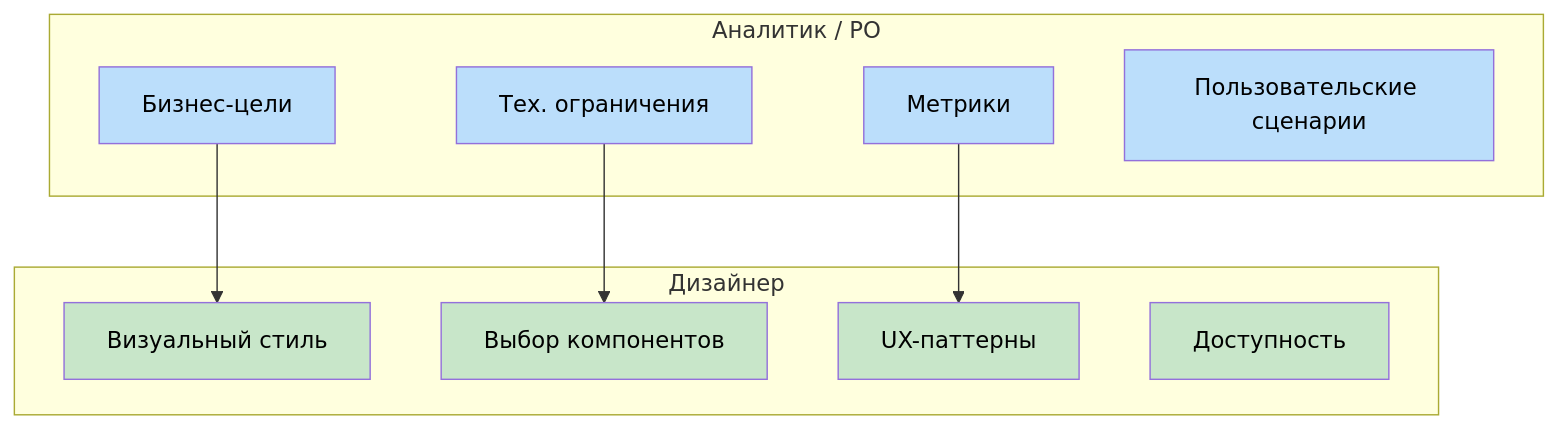
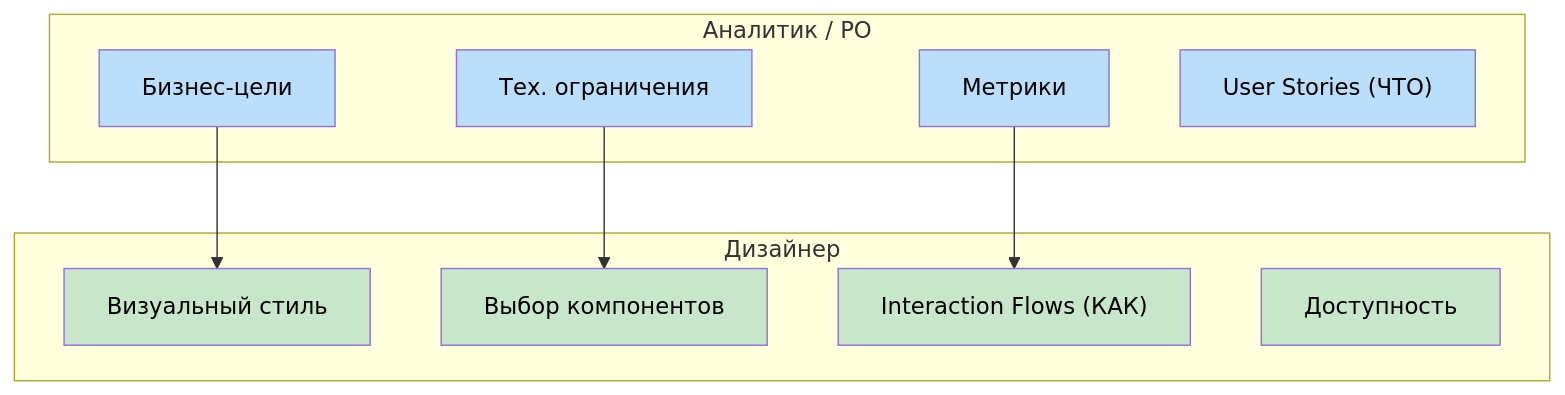
One commit to codenol/gist changed the fourth of 4 diagrams in docs/analytics/05-процесс-работы-команды.md. Above: the diagram before and after it, drawn with Mermaid. The commit also changed other lines of this file, not shown here.

````diff
--- a/docs/analytics/05-процесс-работы-команды.md
+++ b/docs/analytics/05-процесс-работы-команды.md
@@ -151,30 +164,30 @@
 ```mermaid
 graph TD
     subgraph "Аналитик / PO"
     A1[Бизнес-цели]
     A2[Метрики]
     A3[Тех. ограничения]
-    A4[Пользовательские сценарии]
+    A4["User Stories (ЧТО)"]
     end
     
     subgraph "Дизайнер"
     D1[Визуальный стиль]
     D2[Выбор компонентов]
-    D3[UX-паттерны]
+    D3["Interaction Flows (КАК)"]
     D4[Доступность]
     end
     
     A1 --> D1
     A2 --> D3
     A3 --> D2
     
     style A1 fill:#BBDEFB,color:#000000
     style A2 fill:#BBDEFB,color:#000000
     style A3 fill:#BBDEFB,color:#000000
     style A4 fill:#BBDEFB,color:#000000
     
     style D1 fill:#C8E6C9,color:#000000
     style D2 fill:#C8E6C9,color:#000000
     style D3 fill:#C8E6C9,color:#000000
     style D4 fill:#C8E6C9,color:#000000
 ```
````
